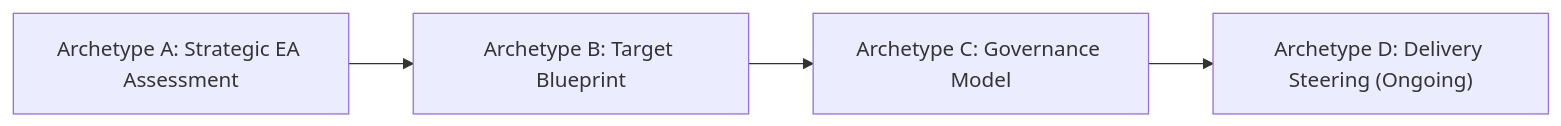
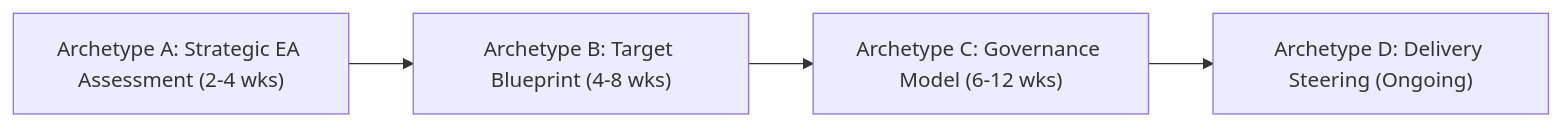
The second of 2 diagrams in docs/sop/index.md (avfranco-br/portfolio), drawn with Mermaid before and after one commit. The commit also changed other lines of this file and 2 other files, not shown here.

Commit message:
feat(sop): add AI Augmented Architecture Workflows & Governance section

````diff
--- a/docs/sop/index.md
+++ b/docs/sop/index.md
@@ -82,6 +96,6 @@
 ```mermaid
 graph LR
-    ArchetypeA["Archetype A: Strategic EA Assessment"] --> ArchetypeB["Archetype B: Target Blueprint"]
-    ArchetypeB --> ArchetypeC["Archetype C: Governance Model"]
+    ArchetypeA["Archetype A: Strategic EA Assessment (2-4 wks)"] --> ArchetypeB["Archetype B: Target Blueprint (4-8 wks)"]
+    ArchetypeB --> ArchetypeC["Archetype C: Governance Model (6-12 wks)"]
     ArchetypeC --> ArchetypeD["Archetype D: Delivery Steering (Ongoing)"]
 ```
````
